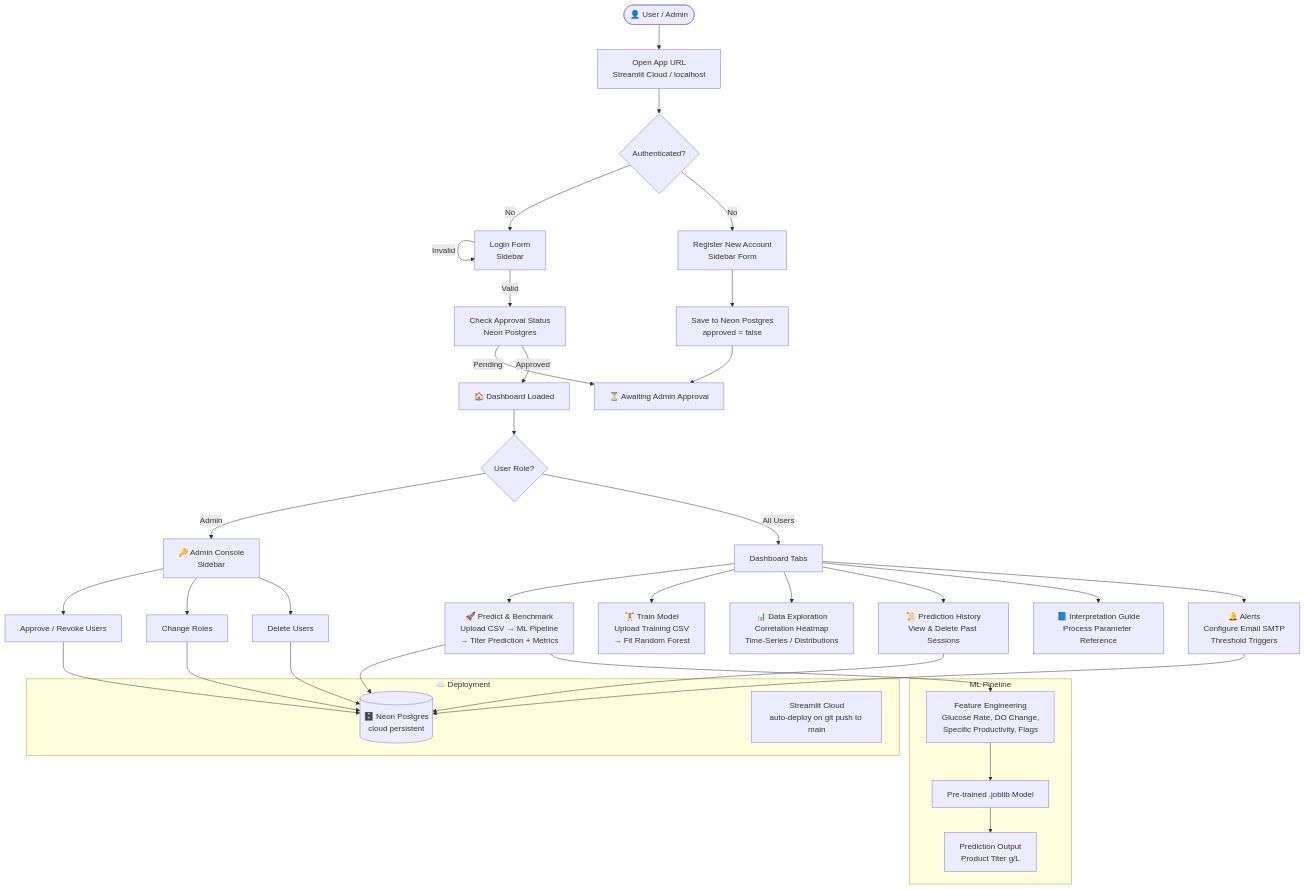
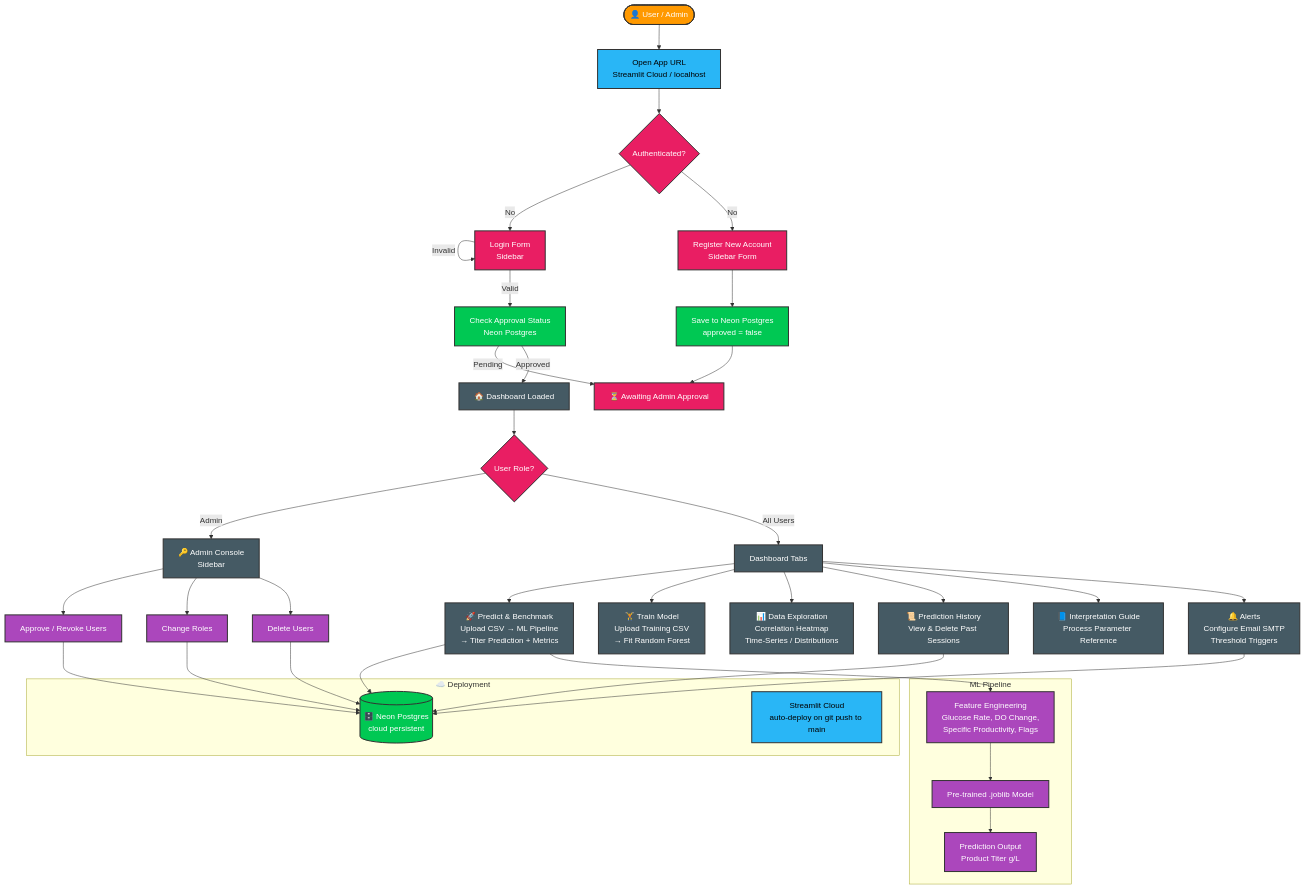
The diagram in README.md (nellurisairam/BioNexus-ML), drawn with Mermaid before and after one commit.

Commit message:
Style Mermaid flowchart with colors

````diff
--- a/README.md
+++ b/README.md
@@ -18,52 +18,60 @@
 ```mermaid
 flowchart TD
-    A([👤 User / Admin]) --> B[Open App URL\nStreamlit Cloud / localhost]
-    B --> C{Authenticated?}
+    %% Styling
+    classDef user fill:#ff9900,stroke:#333,stroke-width:2px,color:#fff
+    classDef auth fill:#e91e63,stroke:#333,stroke-width:2px,color:#fff
+    classDef db fill:#00c853,stroke:#333,stroke-width:2px,color:#fff
+    classDef cloud fill:#29b6f6,stroke:#333,stroke-width:2px,color:#000
+    classDef action fill:#ab47bc,stroke:#333,stroke-width:2px,color:#fff
+    classDef page fill:#455a64,stroke:#333,stroke-width:2px,color:#fff
 
-    C -- No --> D[Login Form\nSidebar]
+    A([👤 User / Admin]):::user --> B[Open App URL\nStreamlit Cloud / localhost]:::cloud
+    B --> C{Authenticated?}:::auth
+
+    C -- No --> D[Login Form\nSidebar]:::auth
     D -- Invalid --> D
-    D -- Valid --> E[Check Approval Status\nNeon Postgres]
-    E -- Pending --> F[⏳ Awaiting Admin Approval]
-    E -- Approved --> G[🏠 Dashboard Loaded]
+    D -- Valid --> E[Check Approval Status\nNeon Postgres]:::db
+    E -- Pending --> F[⏳ Awaiting Admin Approval]:::auth
+    E -- Approved --> G[🏠 Dashboard Loaded]:::page
 
-    C -- No --> H[Register New Account\nSidebar Form]
-    H --> I[Save to Neon Postgres\napproved = false]
+    C -- No --> H[Register New Account\nSidebar Form]:::auth
+    H --> I[Save to Neon Postgres\napproved = false]:::db
     I --> F
 
-    G --> J{User Role?}
+    G --> J{User Role?}:::auth
 
-    J -- Admin --> K[🔑 Admin Console\nSidebar]
-    K --> K1[Approve / Revoke Users]
-    K --> K2[Change Roles]
-    K --> K3[Delete Users]
+    J -- Admin --> K[🔑 Admin Console\nSidebar]:::page
+    K --> K1[Approve / Revoke Users]:::action
+    K --> K2[Change Roles]:::action
+    K --> K3[Delete Users]:::action
 
-    J -- All Users --> L[Dashboard Tabs]
+    J -- All Users --> L[Dashboard Tabs]:::page
 
-    L --> T1[🚀 Predict & Benchmark\nUpload CSV → ML Pipeline\n→ Titer Prediction + Metrics]
-    L --> T2[🏋️ Train Model\nUpload Training CSV\n→ Fit Random Forest]
-    L --> T3[📊 Data Exploration\nCorrelation Heatmap\nTime-Series / Distributions]
-    L --> T4[📜 Prediction History\nView & Delete Past Sessions]
-    L --> T5[📘 Interpretation Guide\nProcess Parameter Reference]
-    L --> T6[🔔 Alerts\nConfigure Email SMTP\nThreshold Triggers]
+    L --> T1[🚀 Predict & Benchmark\nUpload CSV → ML Pipeline\n→ Titer Prediction + Metrics]:::page
+    L --> T2[🏋️ Train Model\nUpload Training CSV\n→ Fit Random Forest]:::page
+    L --> T3[📊 Data Exploration\nCorrelation Heatmap\nTime-Series / Distributions]:::page
+    L --> T4[📜 Prediction History\nView & Delete Past Sessions]:::page
+    L --> T5[📘 Interpretation Guide\nProcess Parameter Reference]:::page
+    L --> T6[🔔 Alerts\nConfigure Email SMTP\nThreshold Triggers]:::page
 
-    T1 --> DB[(🗄️ Neon Postgres\ncloud persistent)]
+    T1 --> DB[(🗄️ Neon Postgres\ncloud persistent)]:::db
     T4 --> DB
     T6 --> DB
     K1 --> DB
     K2 --> DB
     K3 --> DB
 
     subgraph Deployment["☁️ Deployment"]
-        SC[Streamlit Cloud\nauto-deploy on git push to main]
+        SC[Streamlit Cloud\nauto-deploy on git push to main]:::cloud
         DB
     end
 
     subgraph ML Pipeline
-        M1[Pre-trained .joblib Model]
-        M2[Feature Engineering\nGlucose Rate, DO Change,\nSpecific Productivity, Flags]
-        M3[Prediction Output\nProduct Titer g/L]
+        M1[Pre-trained .joblib Model]:::action
+        M2[Feature Engineering\nGlucose Rate, DO Change,\nSpecific Productivity, Flags]:::action
+        M3[Prediction Output\nProduct Titer g/L]:::action
         M2 --> M1 --> M3
     end
 
     T1 --> M2
 ```
````
